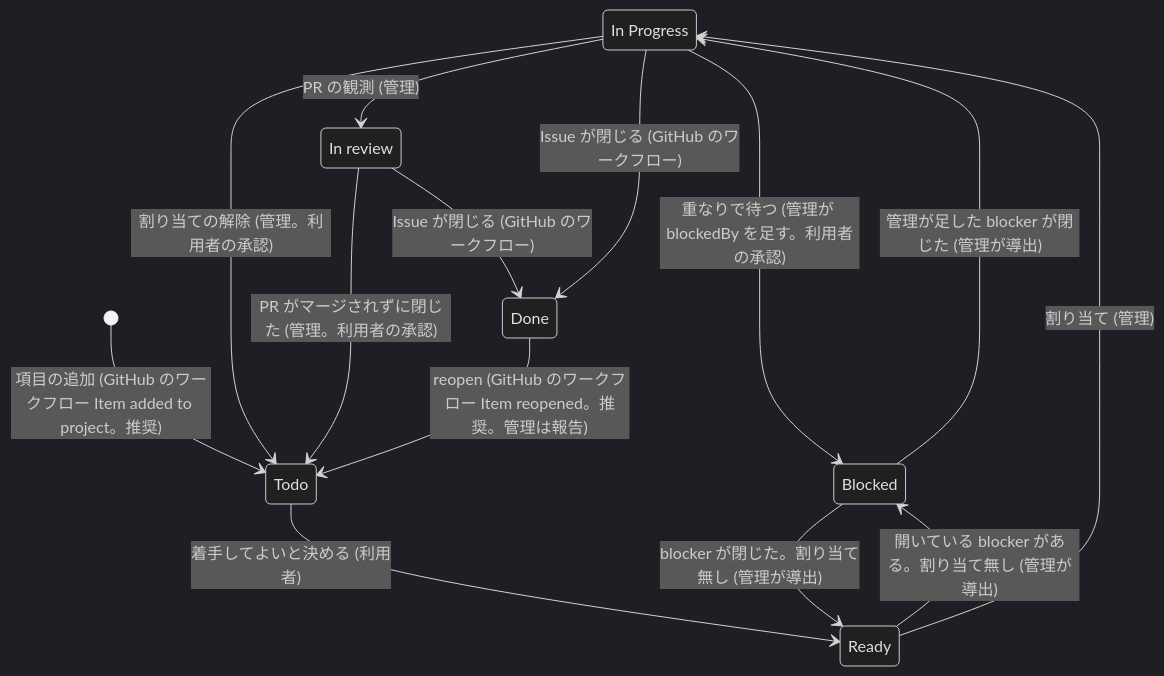
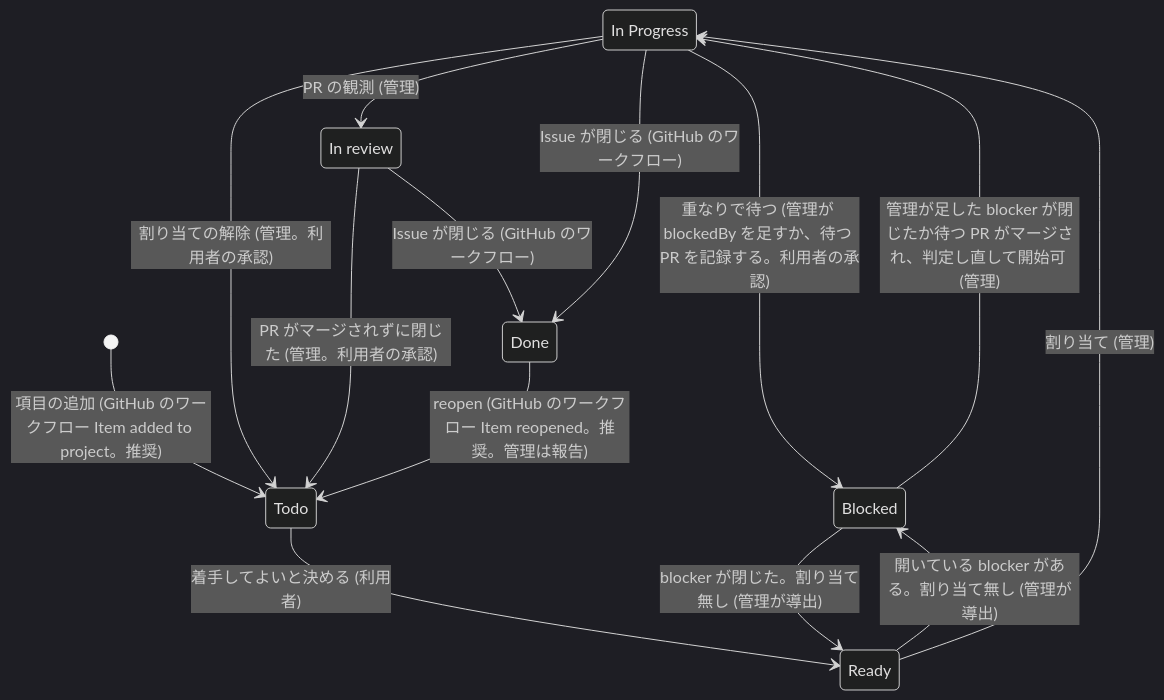
One commit to akm/claude-plugins changed the second of 3 diagrams in docs/plans/2026-10-06-2025-feat-issue-dispatch-plan.md. Above: the diagram before and after it, drawn with Mermaid (dark theme). The commit also changed other lines of this file, not shown here.

````diff
--- a/docs/plans/2026-10-06-2025-feat-issue-dispatch-plan.md
+++ b/docs/plans/2026-10-06-2025-feat-issue-dispatch-plan.md
@@ -504,18 +521,18 @@
 ```mermaid
 stateDiagram-v2
   state "In Progress" as InProgress
   state "In review" as InReview
   [*] --> Todo: 項目の追加 (GitHub のワークフロー Item added to project。推奨)
   Todo --> Ready: 着手してよいと決める (利用者)
   Ready --> Blocked: 開いている blocker がある。割り当て無し (管理が導出)
   Blocked --> Ready: blocker が閉じた。割り当て無し (管理が導出)
   Ready --> InProgress: 割り当て (管理)
-  InProgress --> Blocked: 重なりで待つ (管理が blockedBy を足す。利用者の承認)
-  Blocked --> InProgress: 管理が足した blocker が閉じた (管理が導出)
+  InProgress --> Blocked: 重なりで待つ (管理が blockedBy を足すか、待つ PR を記録する。利用者の承認)
+  Blocked --> InProgress: 管理が足した blocker が閉じたか待つ PR がマージされ、判定し直して開始可 (管理)
   InProgress --> InReview: PR の観測 (管理)
   InReview --> Done: Issue が閉じる (GitHub のワークフロー)
   InProgress --> Done: Issue が閉じる (GitHub のワークフロー)
   InProgress --> Todo: 割り当ての解除 (管理。利用者の承認)
   InReview --> Todo: PR がマージされずに閉じた (管理。利用者の承認)
   Done --> Todo: reopen (GitHub のワークフロー Item reopened。推奨。管理は報告)
 ```
````
